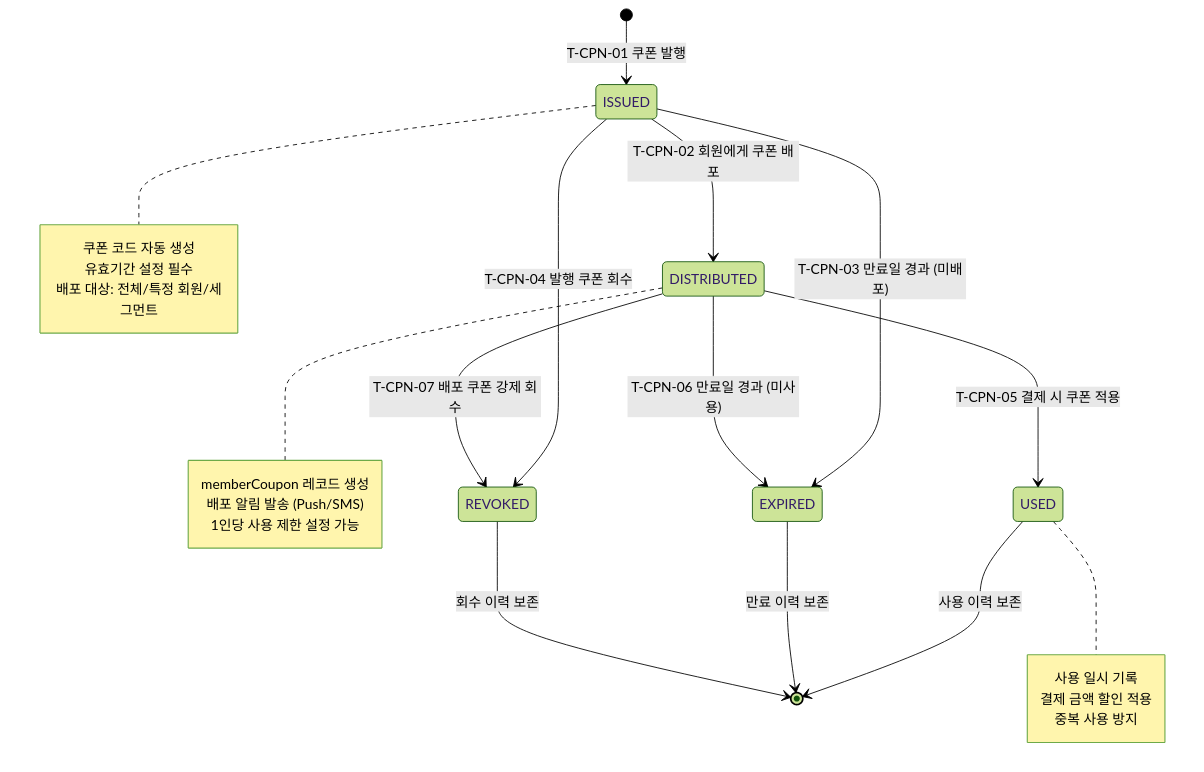
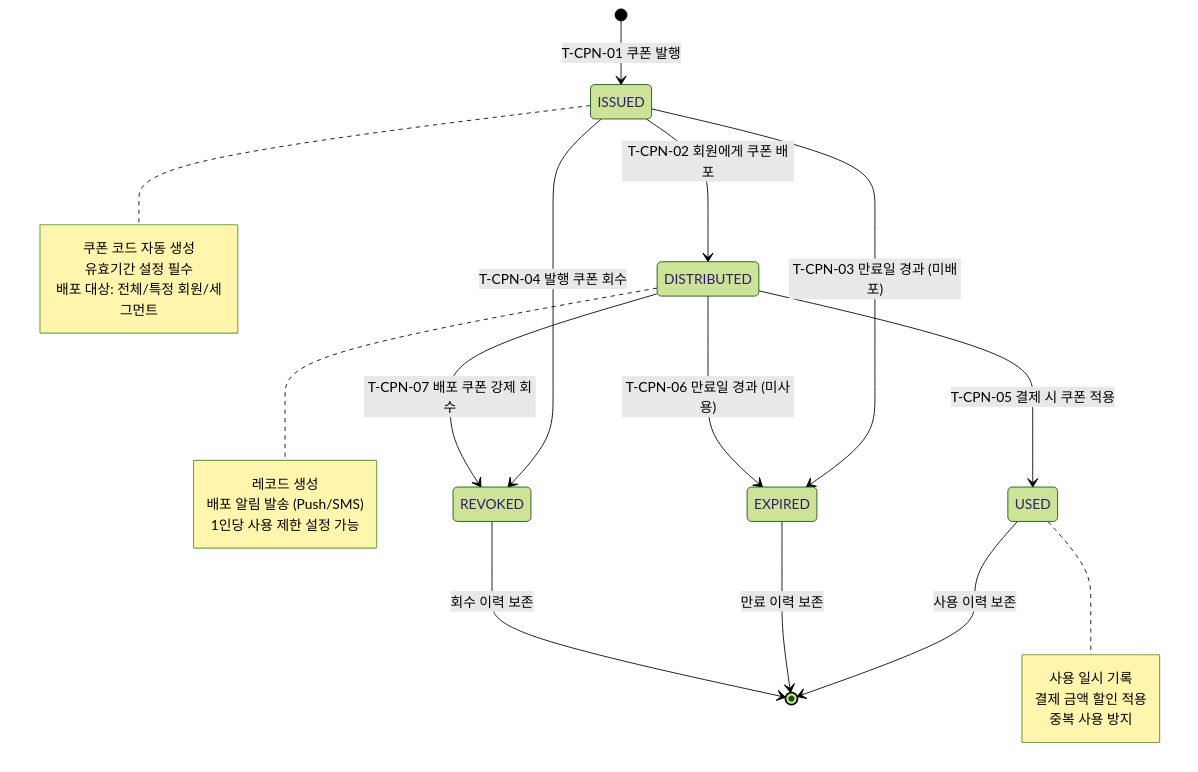
Before and after one commit to dev-spogym/admin-pando: the diagram in docs/다이어그램/20_상태전이도/20-10_CouponStatus.md, drawn with Mermaid (forest theme). The commit also changed other lines of this file and 1660 other files, not shown here.

First line of the commit message:
다이어그램: 기획자/클라이언트 납품본으로 정리

````diff
--- a/docs/다이어그램/20_상태전이도/20-10_CouponStatus.md
+++ b/docs/다이어그램/20_상태전이도/20-10_CouponStatus.md
@@ -34,34 +26,34 @@
 ```mermaid
 stateDiagram-v2
     [*] --> ISSUED : T-CPN-01 쿠폰 발행
 
     ISSUED --> DISTRIBUTED : T-CPN-02 회원에게 쿠폰 배포
     ISSUED --> EXPIRED : T-CPN-03 만료일 경과 (미배포)
     ISSUED --> REVOKED : T-CPN-04 발행 쿠폰 회수
 
     DISTRIBUTED --> USED : T-CPN-05 결제 시 쿠폰 적용
     DISTRIBUTED --> EXPIRED : T-CPN-06 만료일 경과 (미사용)
     DISTRIBUTED --> REVOKED : T-CPN-07 배포 쿠폰 강제 회수
 
     USED --> [*] : 사용 이력 보존
     EXPIRED --> [*] : 만료 이력 보존
     REVOKED --> [*] : 회수 이력 보존
 
     note right of ISSUED
         쿠폰 코드 자동 생성
         유효기간 설정 필수
         배포 대상: 전체/특정 회원/세그먼트
     end note
 
     note right of DISTRIBUTED
-        memberCoupon 레코드 생성
+         레코드 생성
         배포 알림 발송 (Push/SMS)
         1인당 사용 제한 설정 가능
     end note
 
     note right of USED
         사용 일시 기록
         결제 금액 할인 적용
         중복 사용 방지
     end note
 ```
````
